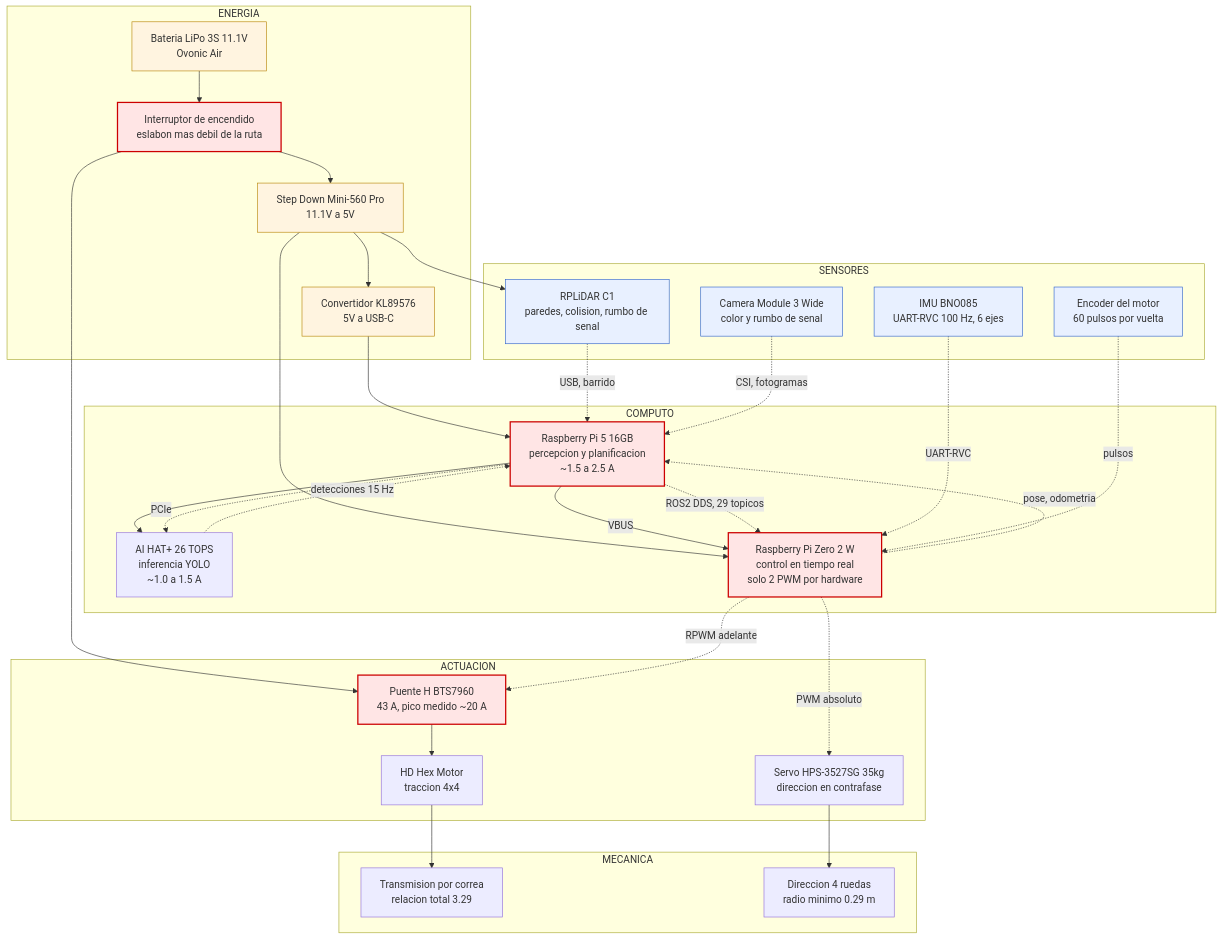
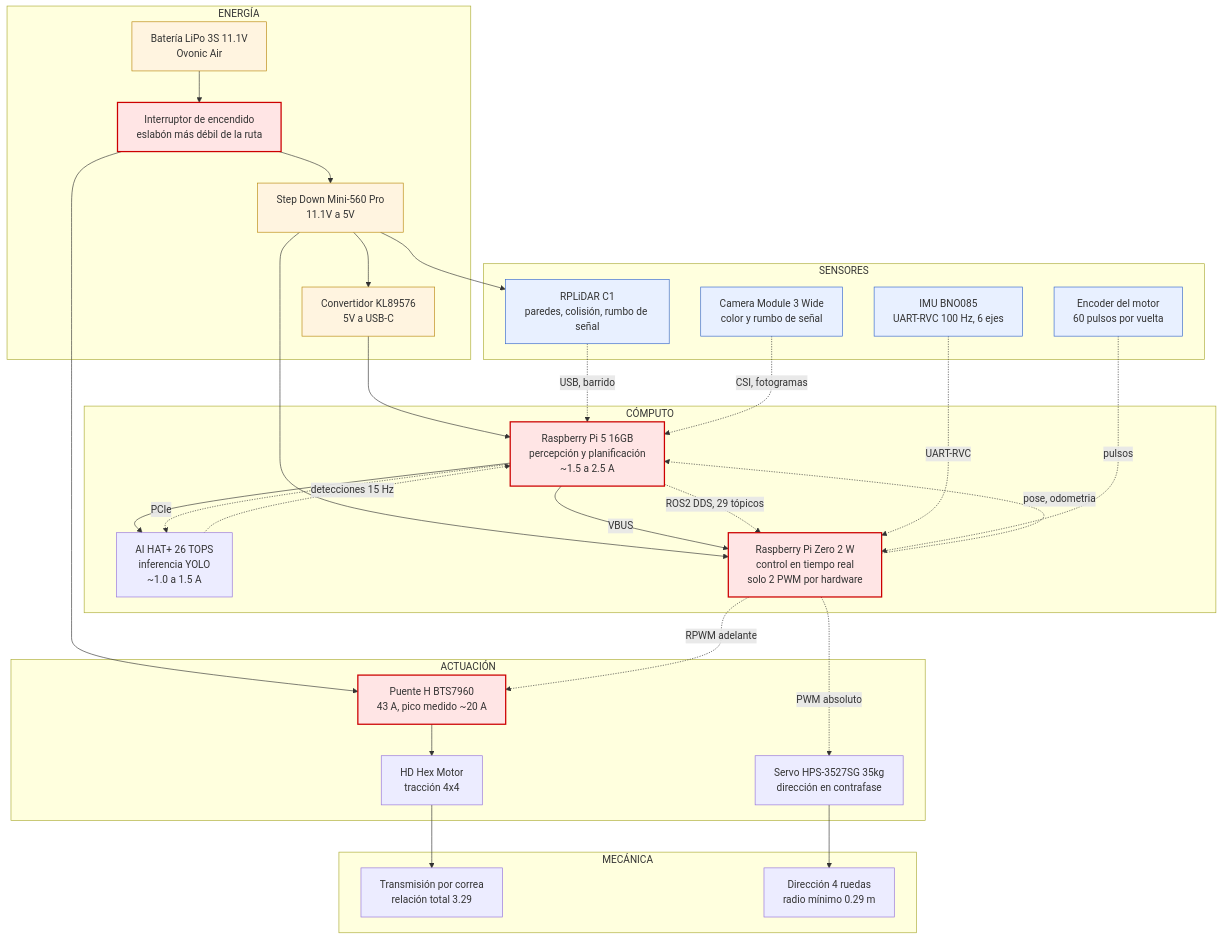
Before and after one commit to teamvoltimor/vtitan: the diagram in schemes/flowcharts/common/mermaid/subsistemas.mmd, drawn with Mermaid. The commit also changed 7 other files, not shown here.

```diff
--- a/schemes/flowcharts/common/mermaid/subsistemas.mmd
+++ b/schemes/flowcharts/common/mermaid/subsistemas.mmd
@@ -1,76 +1,76 @@
 %% Referencias (no se renderizan, solo para mantenimiento futuro)
 %% Fuente de las cifras de corriente: README.md, seccion "Consumo Energetico"
 %% Reparto de nodos: README.md, "Arquitectura ROS2 y reparto entre dos computadores"
 %% Arnes completo: schemes/wiring/harness.schematic.svg (proyecto tscircuit)
 %% Constantes de montaje: src/config/robot.toml
 %% Lineas continuas = energia. Lineas punteadas = datos.
 %% Los nodos marcados como punto unico de fallo no tienen redundancia:
 %% si caen, la ronda se pierde o el robot queda ciego a una clase de obstaculo.
 
 flowchart TD
-    subgraph ENERGIA["ENERGIA"]
-        BAT["Bateria LiPo 3S 11.1V<br/>Ovonic Air"]
-        SW["Interruptor de encendido<br/>eslabon mas debil de la ruta"]
+    subgraph ENERGÍA["ENERGÍA"]
+        BAT["Batería LiPo 3S 11.1V<br/>Ovonic Air"]
+        SW["Interruptor de encendido<br/>eslabón más débil de la ruta"]
         REG["Step Down Mini-560 Pro<br/>11.1V a 5V"]
         USBC["Convertidor KL89576<br/>5V a USB-C"]
     end
 
-    subgraph COMPUTO["COMPUTO"]
-        PI5["Raspberry Pi 5 16GB<br/>percepcion y planificacion<br/>~1.5 a 2.5 A"]
+    subgraph CÓMPUTO["CÓMPUTO"]
+        PI5["Raspberry Pi 5 16GB<br/>percepción y planificación<br/>~1.5 a 2.5 A"]
         NPU["AI HAT+ 26 TOPS<br/>inferencia YOLO<br/>~1.0 a 1.5 A"]
         ZERO["Raspberry Pi Zero 2 W<br/>control en tiempo real<br/>solo 2 PWM por hardware"]
     end
 
     subgraph SENSORES["SENSORES"]
-        LIDAR["RPLiDAR C1<br/>paredes, colision, rumbo de senal"]
-        CAM["Camera Module 3 Wide<br/>color y rumbo de senal"]
+        LIDAR["RPLiDAR C1<br/>paredes, colisión, rumbo de señal"]
+        CAM["Camera Module 3 Wide<br/>color y rumbo de señal"]
         IMU["IMU BNO085<br/>UART-RVC 100 Hz, 6 ejes"]
         ENC["Encoder del motor<br/>60 pulsos por vuelta"]
     end
 
-    subgraph ACTUACION["ACTUACION"]
+    subgraph ACTUACIÓN["ACTUACIÓN"]
         HB["Puente H BTS7960<br/>43 A, pico medido ~20 A"]
-        MOT["HD Hex Motor<br/>traccion 4x4"]
-        SRV["Servo HPS-3527SG 35kg<br/>direccion en contrafase"]
+        MOT["HD Hex Motor<br/>tracción 4x4"]
+        SRV["Servo HPS-3527SG 35kg<br/>dirección en contrafase"]
     end
 
-    subgraph MECANICA["MECANICA"]
-        TRANS["Transmision por correa<br/>relacion total 3.29"]
-        DIR["Direccion 4 ruedas<br/>radio minimo 0.29 m"]
+    subgraph MECÁNICA["MECÁNICA"]
+        TRANS["Transmisión por correa<br/>relación total 3.29"]
+        DIR["Dirección 4 ruedas<br/>radio mínimo 0.29 m"]
     end
 
     %% --- energia ---
     BAT --> SW
     SW --> REG
     SW --> HB
     REG --> USBC
     REG --> ZERO
     REG --> LIDAR
     USBC --> PI5
     PI5 -->|VBUS| ZERO
     PI5 --> NPU
 
     %% --- datos ---
     LIDAR -.->|USB, barrido| PI5
     CAM -.->|CSI, fotogramas| PI5
     PI5 -.->|PCIe| NPU
     NPU -.->|detecciones 15 Hz| PI5
-    PI5 -.->|ROS2 DDS, 29 topicos| ZERO
+    PI5 -.->|ROS2 DDS, 29 tópicos| ZERO
     ZERO -.->|pose, odometria| PI5
     IMU -.->|UART-RVC| ZERO
     ENC -.->|pulsos| ZERO
     ZERO -.->|RPWM adelante| HB
     ZERO -.->|PWM absoluto| SRV
 
     %% --- mecanica ---
     HB --> MOT
     MOT --> TRANS
     SRV --> DIR
 
     classDef fallo fill:#ffe5e5,stroke:#c00,stroke-width:2px
     classDef energia fill:#fff4e0,stroke:#b8860b
     classDef datos fill:#e8f0ff,stroke:#36c
 
     class SW,PI5,ZERO,HB fallo
     class BAT,REG,USBC energia
     class LIDAR,CAM,IMU,ENC datos
```
